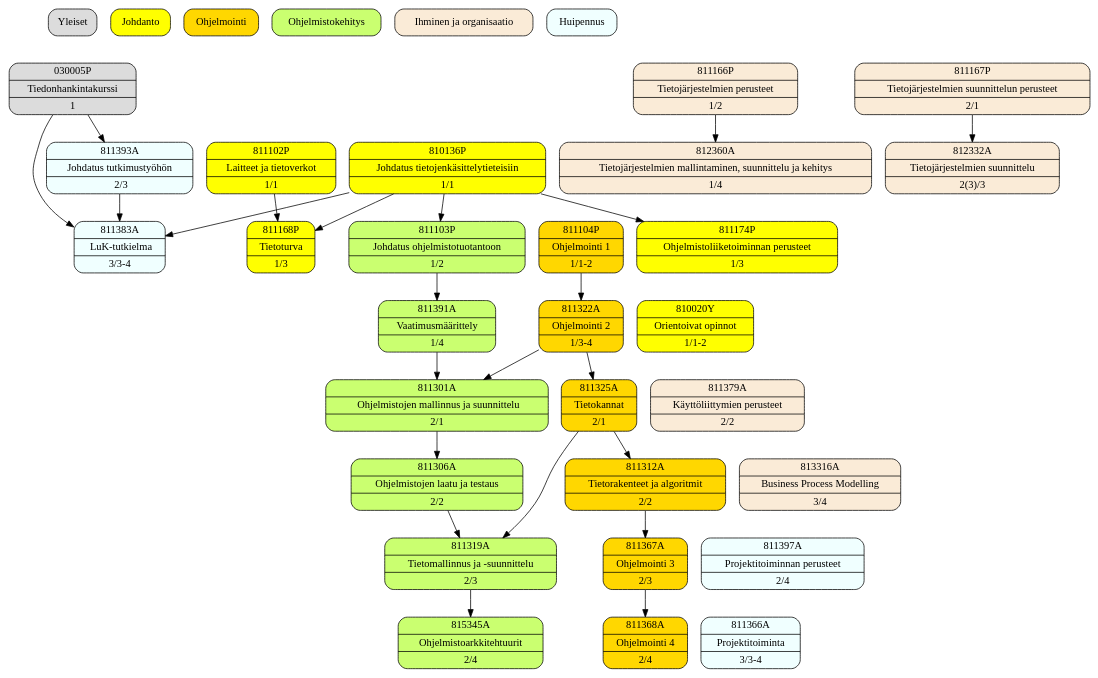
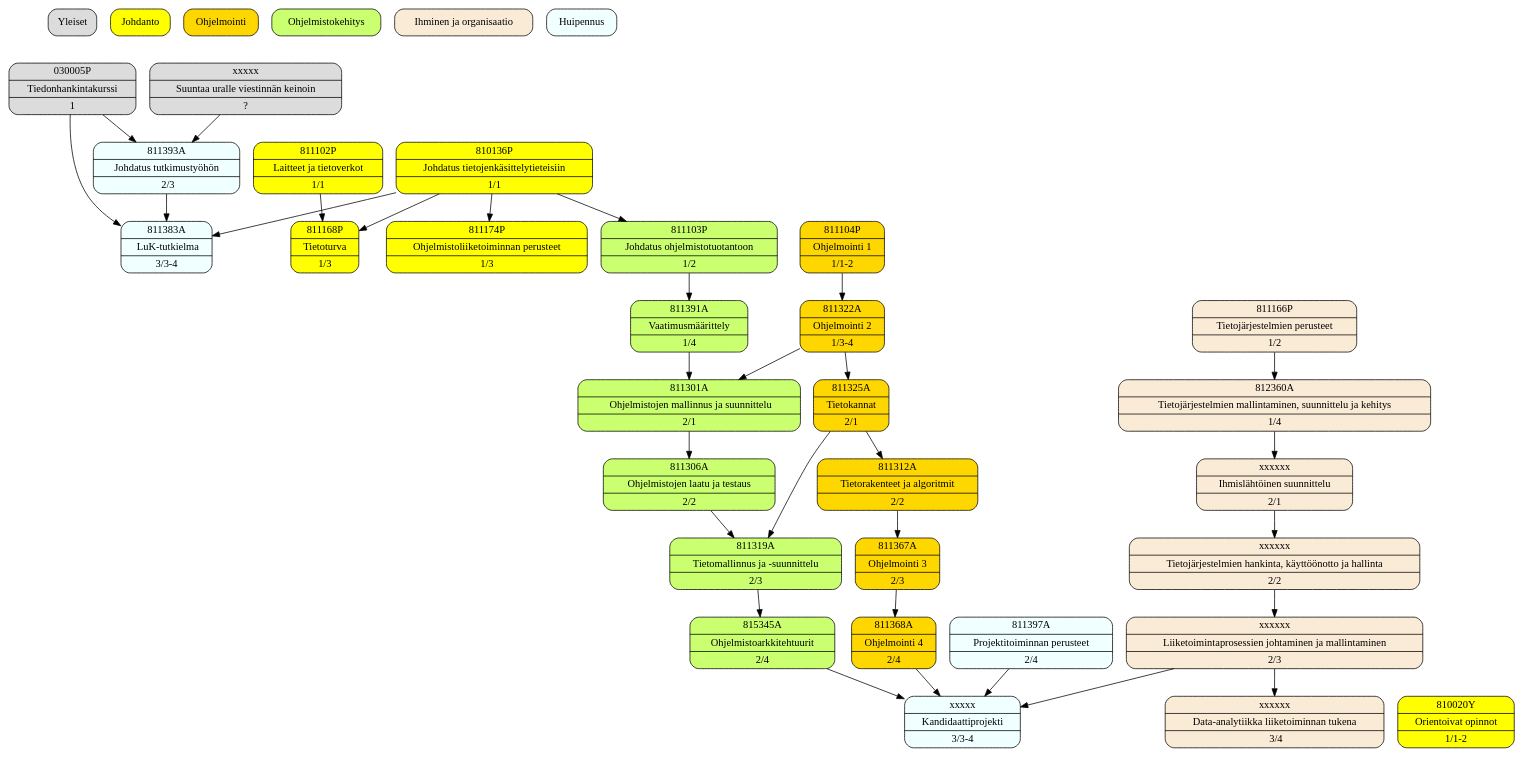
Before and after one commit to anttijuu/tol-courses-graph: the diagram in LuK-courses.dot, drawn with Graphviz. The commit also changed 1 other file, not shown here.

Commit message:
Fixed several issues due to deprecated and missing new courses and dependencies of those.

```diff
--- a/LuK-courses.dot
+++ b/LuK-courses.dot
@@ -1,96 +1,105 @@
 digraph TOLLuK {
    node [shape=record, style="rounded,filled"]
    
    subgraph Yleiset {
       node [fillcolor=gainsboro]
       c030005P [label="{ 030005P | Tiedonhankintakurssi | 1 }"]
+      c0006 [label="{ xxxxx | Suuntaa uralle viestinnän keinoin | ? }"]
    }
    
    subgraph Johdanto {
       node [fillcolor=yellow]
       c810020Y [label="{ 810020Y | Orientoivat opinnot | 1/1-2 }"]
       c810136P [label="{ 810136P | Johdatus tietojenkäsittelytieteisiin | 1/1 }"]
       c811168P [label="{ 811168P | Tietoturva | 1/3 }"]
       c811174P [label="{ 811174P | Ohjelmistoliiketoiminnan perusteet | 1/3 }"]
       c811102P [label="{ 811102P | Laitteet ja tietoverkot | 1/1 }"]
 
       c810136P -> c811168P
       c811102P -> c811168P
       c810136P -> c811174P
    }
    
    subgraph Ohjelmointi {
       node [fillcolor=gold1]
       c811104P [label="{ 811104P | Ohjelmointi 1 | 1/1-2 }"]
       c811322A [label="{ 811322A | Ohjelmointi 2 | 1/3-4 }"]
       c811325A [label="{ 811325A | Tietokannat | 2/1 }"]
       c811312A [label="{ 811312A | Tietorakenteet ja algoritmit | 2/2 }"]
       c811367A [label="{ 811367A | Ohjelmointi 3 | 2/3 }"]
       c811368A [label="{ 811368A | Ohjelmointi 4 | 2/4 }"]
       
       c811104P -> c811322A
       c811312A -> c811367A
       c811367A -> c811368A
       c811325A -> c811312A
       c811322A -> c811325A
    }
    
    subgraph Ohjelmistokehitys {
       node [fillcolor=darkolivegreen1]
       c811103P [label="{ 811103P | Johdatus ohjelmistotuotantoon | 1/2 }"]
       c811391A [label="{ 811391A | Vaatimusmäärittely | 1/4 }"]
       c811301A [label="{ 811301A | Ohjelmistojen mallinnus ja suunnittelu | 2/1 }"]
       c811306A [label="{ 811306A | Ohjelmistojen laatu ja testaus | 2/2 }"]
       c811319A [label="{ 811319A | Tietomallinnus ja -suunnittelu | 2/3 }"]
       c815345A [label="{ 815345A | Ohjelmistoarkkitehtuurit | 2/4 }"]
       
       c810136P -> c811103P
       c811103P -> c811391A
       c811391A -> c811301A
       c811322A -> c811301A
       c811301A -> c811306A
       c811306A -> c811319A
       c811325A -> c811319A
       c811319A -> c815345A
    }
    
    subgraph IhminenOrganisaatio {
       node [fillcolor=antiquewhite]
       c811166P [label="{ 811166P | Tietojärjestelmien perusteet | 1/2 }"]
       c812360A [label="{ 812360A | Tietojärjestelmien mallintaminen, suunnittelu ja kehitys | 1/4 }"]
-      c811167P [label="{ 811167P | Tietojärjestelmien suunnittelun perusteet | 2/1 }"]
-      c811379A [label="{ 811379A | Käyttöliittymien perusteet | 2/2 }"] # Ihminen tietotekniikan käyttäjänä ja kehittäjänä 811177P does not exist.
-      c812332A [label="{ 812332A | Tietojärjestelmien suunnittelu | 2(3)/3 }"]
-      c813316A [label="{ 813316A | Business Process Modelling | 3/4 }"]
-      
+      c0001 [label="{ xxxxxx | Ihmislähtöinen suunnittelu | 2/1 }"]
+      c0002 [label="{ xxxxxx | Tietojärjestelmien hankinta, käyttöönotto ja hallinta | 2/2 }"]
+      c0003 [label="{ xxxxxx | Liiketoimintaprosessien johtaminen ja mallintaminen | 2/3 }"]
+      c0004 [label="{ xxxxxx | Data-analytiikka liiketoiminnan tukena | 3/4 }"]      
+
       c811166P -> c812360A
-      c811167P -> c812332A
+      c812360A -> c0001
+      c0001 -> c0002
+      c0002 -> c0003
+      c0003 -> c0004
    }
    
    subgraph Huipennus {
       node [fillcolor=azure]
       c811397A [label="{ 811397A | Projektitoiminnan perusteet | 2/4 }"]
-      c811366A [label="{ 811366A | Projektitoiminta | 3/3-4 }"] # Lists many old obsolete courses as prerequisites!
+      c0005 [label="{ xxxxx | Kandidaattiprojekti | 3/3-4 }"]
       c811393A [label="{ 811393A | Johdatus tutkimustyöhön | 2/3 }"]
       c811383A [label="{ 811383A | LuK-tutkielma | 3/3-4 }"]
    
       c030005P -> c811393A
+      c0006 -> c811393A
       c811393A -> c811383A
       c030005P -> c811383A
       c810136P -> c811383A
+      c811397A -> c0005
+      c815345A -> c0005
+      c811368A -> c0005
+      c0003 -> c0005
    }
    
    subgraph Legend {
       node [shape=box]
       rankdir=TB
       label="Legend"
       style=filled
       rank=source
       yleiset [fillcolor=gainsboro, label="Yleiset"]
       johdanto [fillcolor=yellow, label="Johdanto"]
       ohjelmointi [fillcolor=gold1, label="Ohjelmointi"]
       kehitys [fillcolor=darkolivegreen1, label="Ohjelmistokehitys"]
       ihminen [fillcolor=antiquewhite, label="Ihminen ja organisaatio"]
       huipennus [fillcolor=azure, label="Huipennus"]
    }
 }
```
